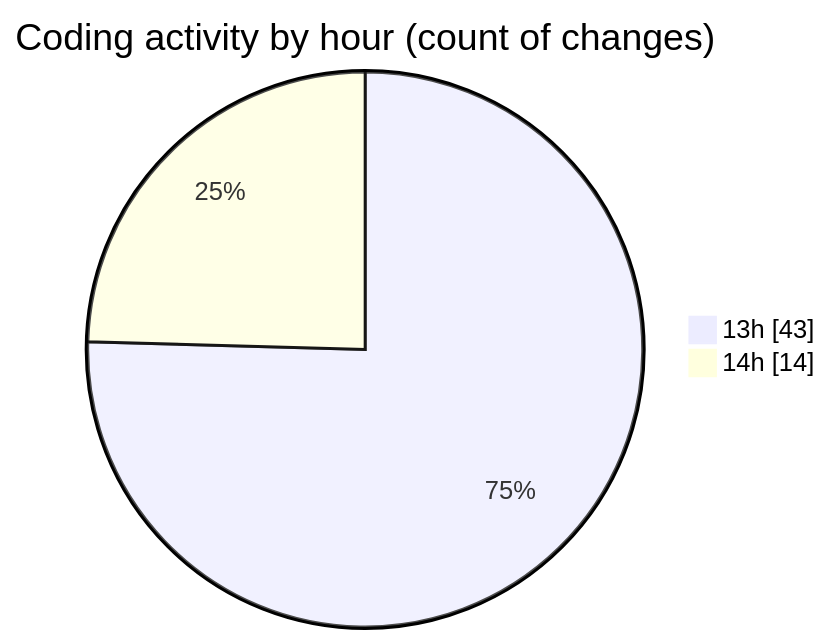
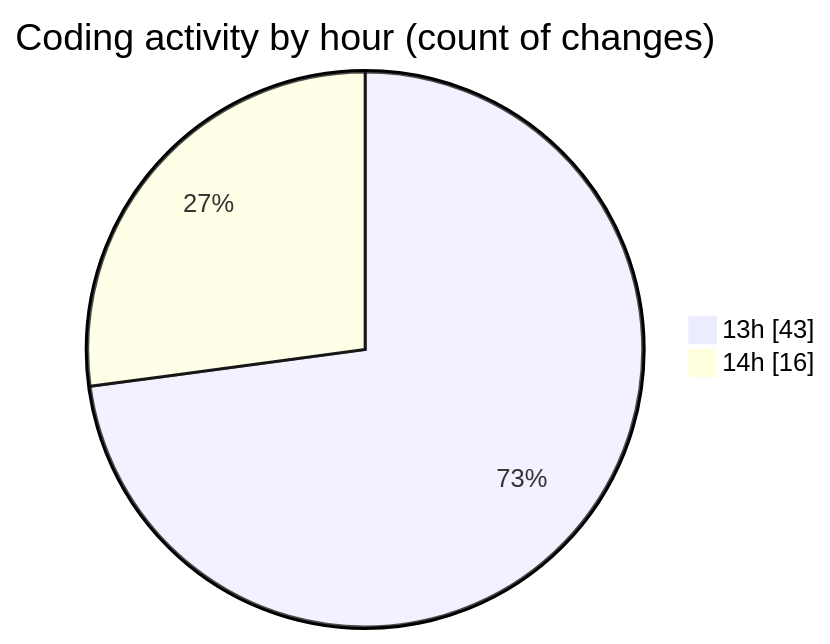
The second of 2 diagrams in 2025-10-04/untitled__workspace_/README.md (MatusMokan/code-tracking), drawn with Mermaid before and after one commit. The commit also changed other lines of this file and 1 other file, not shown here.

````diff
--- a/2025-10-04/untitled__workspace_/README.md
+++ b/2025-10-04/untitled__workspace_/README.md
@@ -45,6 +45,6 @@
 ```mermaid
 pie showData
 title Coding activity by hour (count of changes)
 "13h" : 43
-"14h" : 14
+"14h" : 16
 ```
````
